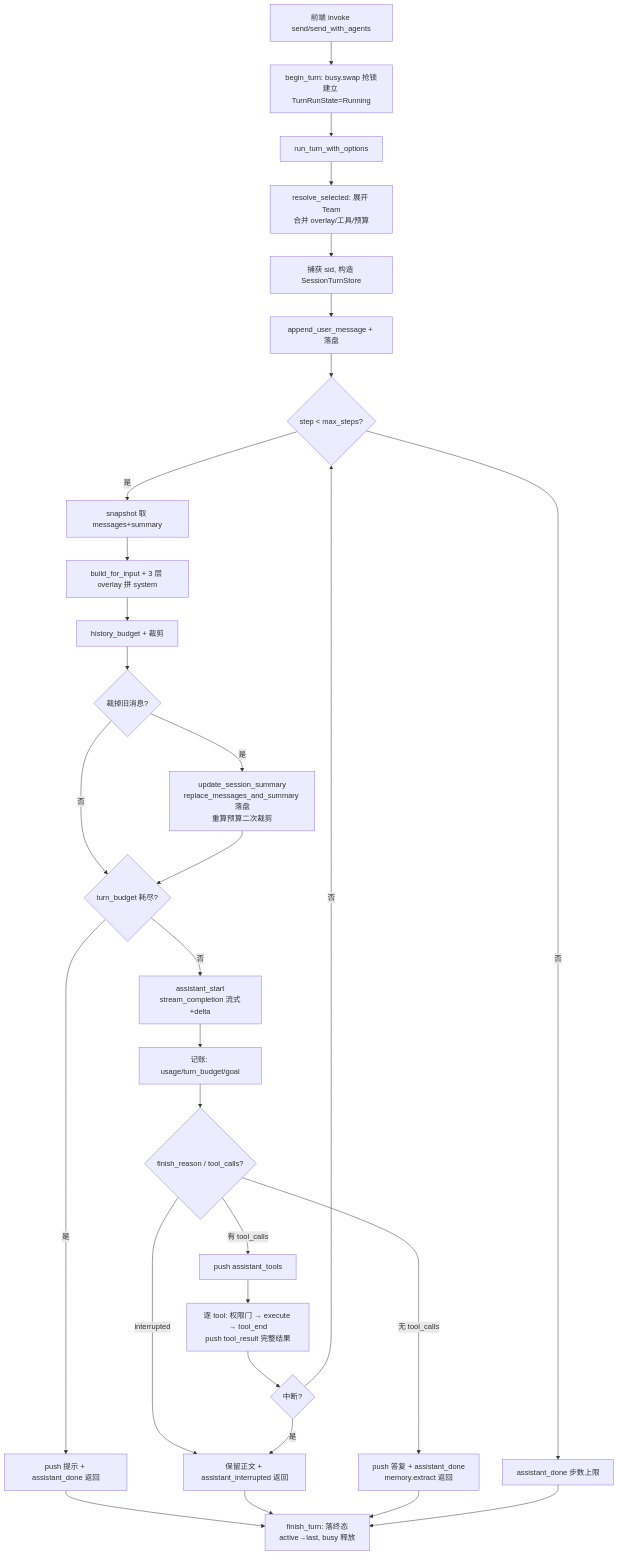
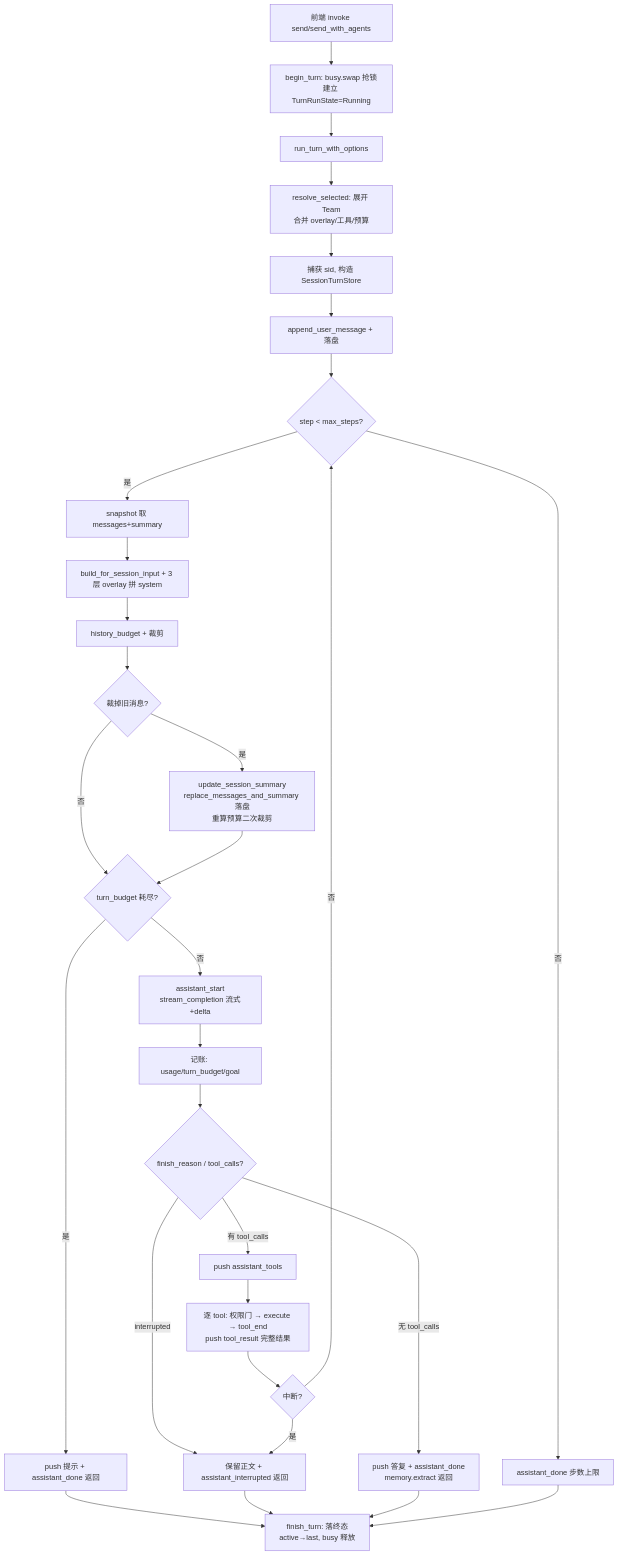
The diagram in docs/modules/02-agent-loop-session-engine.md (Dancncn/Demiurge), drawn with Mermaid before and after one commit. The commit also changed other lines of this file and 22 other files, not shown here.

````diff
--- a/docs/modules/02-agent-loop-session-engine.md
+++ b/docs/modules/02-agent-loop-session-engine.md
@@ -363,29 +363,29 @@
 ```mermaid
 flowchart TD
     A[前端 invoke send/send_with_agents] --> B[begin_turn: busy.swap 抢锁\n建立 TurnRunState=Running]
     B --> C[run_turn_with_options]
     C --> D[resolve_selected: 展开 Team\n合并 overlay/工具/预算]
     D --> E[捕获 sid, 构造 SessionTurnStore]
     E --> F[append_user_message + 落盘]
     F --> G{step < max_steps?}
     G -- 是 --> H[snapshot 取 messages+summary]
-    H --> I[build_for_input + 3 层 overlay 拼 system]
+    H --> I[build_for_session_input + 3 层 overlay 拼 system]
     I --> J[history_budget + 裁剪]
     J --> K{裁掉旧消息?}
     K -- 是 --> L[update_session_summary\nreplace_messages_and_summary 落盘\n重算预算二次裁剪]
     K -- 否 --> M
     L --> M{turn_budget 耗尽?}
     M -- 是 --> Z1[push 提示 + assistant_done 返回]
     M -- 否 --> N[assistant_start\nstream_completion 流式+delta]
     N --> O[记账: usage/turn_budget/goal]
     O --> P{finish_reason / tool_calls?}
     P -- interrupted --> Z2[保留正文 + assistant_interrupted 返回]
     P -- 无 tool_calls --> Z3[push 答复 + assistant_done\nmemory.extract 返回]
     P -- 有 tool_calls --> Q[push assistant_tools]
     Q --> R[逐 tool: 权限门 → execute → tool_end\npush tool_result 完整结果]
     R --> S{中断?}
     S -- 是 --> Z2
     S -- 否 --> G
     G -- 否 --> Z4[assistant_done 步数上限]
     Z1 & Z2 & Z3 & Z4 --> T[finish_turn: 落终态\nactive→last, busy 释放]
 ```
````
